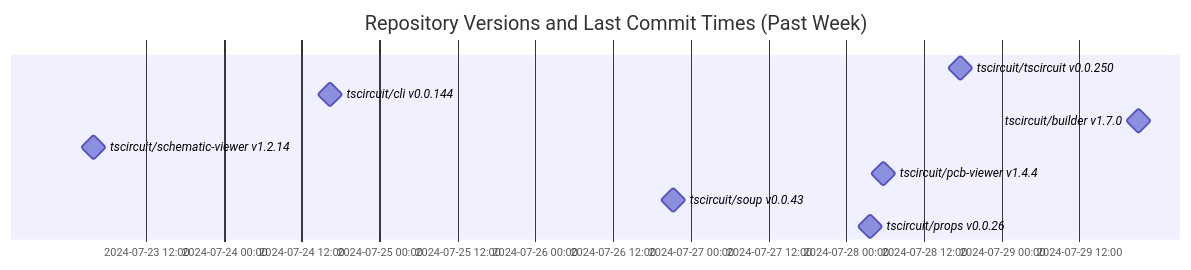
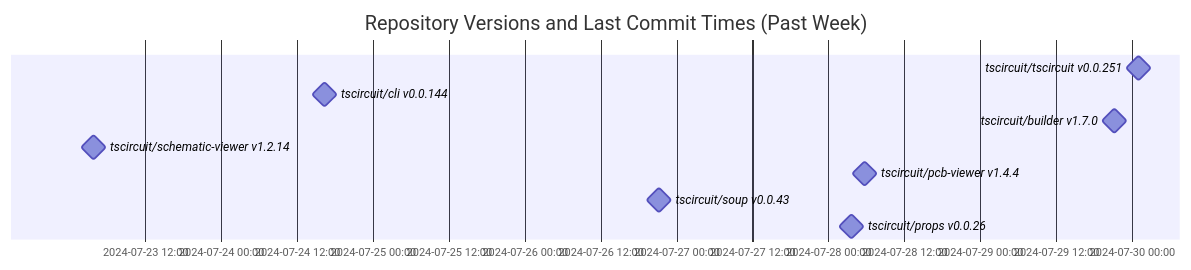
The diagram in README.md (tscircuit/version-tracker), drawn with Mermaid before and after one commit.

Commit message:
Update chart

````diff
--- a/README.md
+++ b/README.md
@@ -1,14 +1,14 @@
 ```mermaid
 gantt
   dateFormat  YYYY-MM-DD HH:mm:ss
   title Repository Versions and Last Commit Times (Past Week)
   axisFormat %Y-%m-%d %H:%M
 
-  tscircuit/tscircuit v0.0.250 : milestone, 2024-07-28 17:40:14, 1s
+  tscircuit/tscircuit v0.0.251 : milestone, 2024-07-30 01:00:56, 1s
   tscircuit/cli v0.0.144 : milestone, 2024-07-24 16:24:13, 1s
   tscircuit/builder v1.7.0 : milestone, 2024-07-29 21:06:30, 1s
   tscircuit/schematic-viewer v1.2.14 : milestone, 2024-07-23 03:50:56, 1s
   tscircuit/pcb-viewer v1.4.4 : milestone, 2024-07-28 05:46:25, 1s
   tscircuit/soup v0.0.43 : milestone, 2024-07-26 21:15:18, 1s
   tscircuit/props v0.0.26 : milestone, 2024-07-28 03:42:14, 1s
 ```
````
